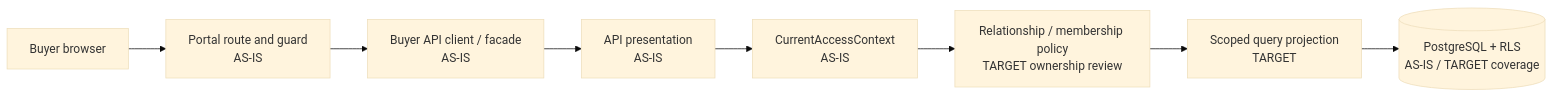
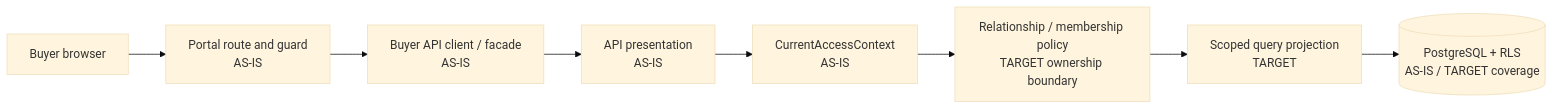
Before and after one commit to nexa-suite/blueprint: the first of 5 diagrams in 04-architecture/c4/code-views.md, drawn with Mermaid (base theme). The commit also changed other lines of this file and 23 other files, not shown here.

Commit message:
docs(architecture): close pre-v1 integrity drift

````diff
--- a/04-architecture/c4/code-views.md
+++ b/04-architecture/c4/code-views.md
@@ -15,10 +15,10 @@
 ```mermaid
 flowchart LR
   B[Buyer browser] --> P[Portal route and guard\nAS-IS]
   P --> C[Buyer API client / facade\nAS-IS]
   C --> H[API presentation\nAS-IS]
   H --> A[CurrentAccessContext\nAS-IS]
-  A --> R[Relationship / membership policy\nTARGET ownership review]
+  A --> R[Relationship / membership policy\nTARGET ownership boundary]
   R --> Q[Scoped query projection\nTARGET]
   Q --> DB[(PostgreSQL + RLS\nAS-IS / TARGET coverage)]
 ```
````
